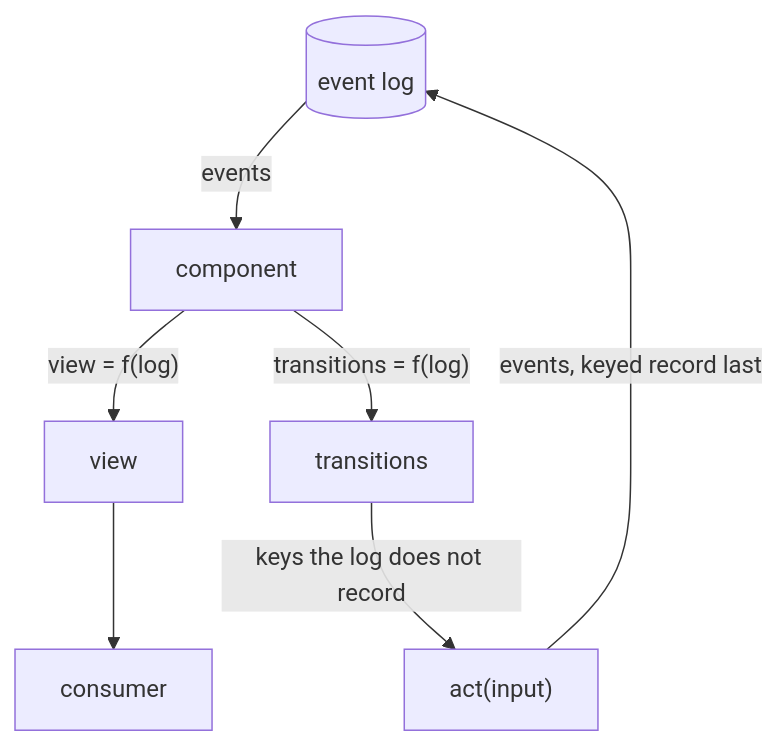
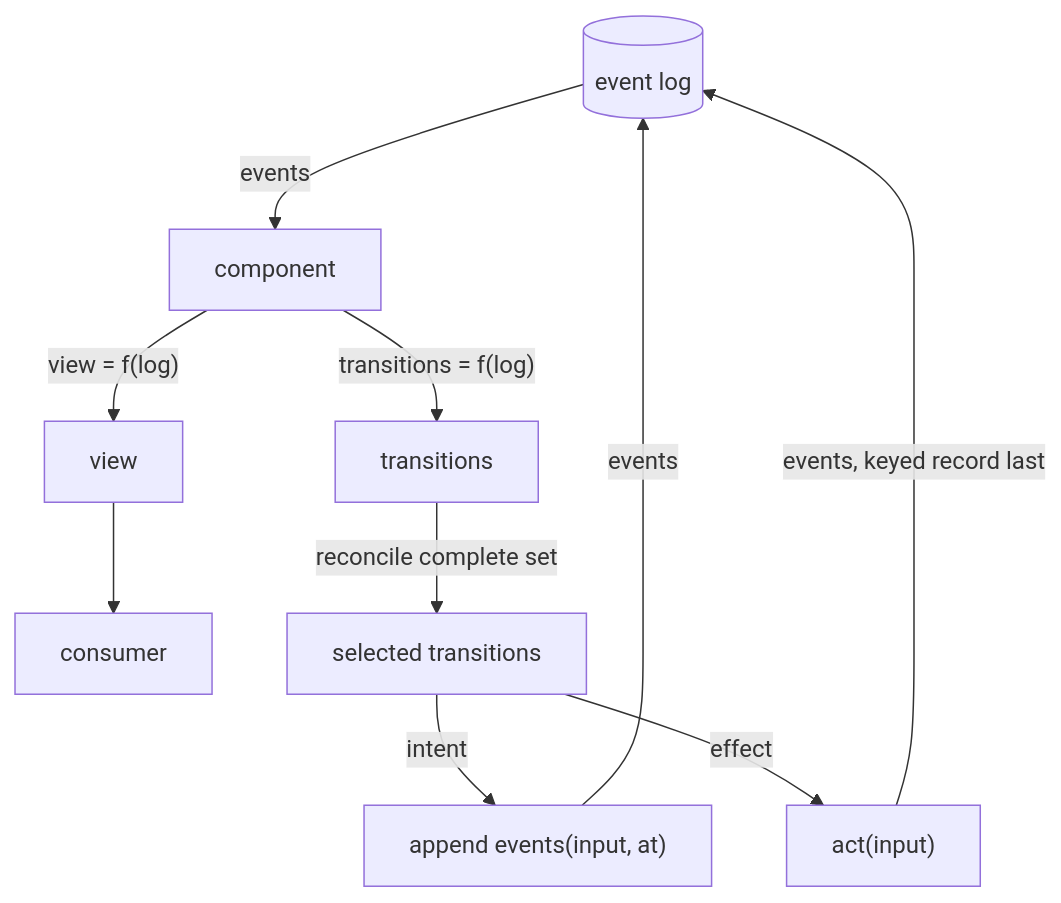
One commit to clavia-labs/tardigrade changed the first of 2 diagrams in docs/quickstart.md. Above: the diagram before and after it, drawn with Mermaid. The commit also changed other lines of this file and 44 other files, not shown here.

Commit message:
fix(core): reconcile component transitions (#257)

````diff
--- a/docs/quickstart.md
+++ b/docs/quickstart.md
@@ -92,9 +100,12 @@
 ```mermaid
 flowchart TB
   log[("event log")] -->|"events"| component["component"]
   component -->|"view = f(log)"| view["view"]
   component -->|"transitions = f(log)"| transitions["transitions"]
   view --> consumer["consumer"]
-  transitions -->|"keys the log does not record"| act["act(input)"]
+  transitions -->|"reconcile complete set"| selected["selected transitions"]
+  selected -->|"intent"| commit["append events(input, at)"]
+  selected -->|"effect"| act["act(input)"]
+  commit -->|"events"| log
   act -->|"events, keyed record last"| log
 ```
````
